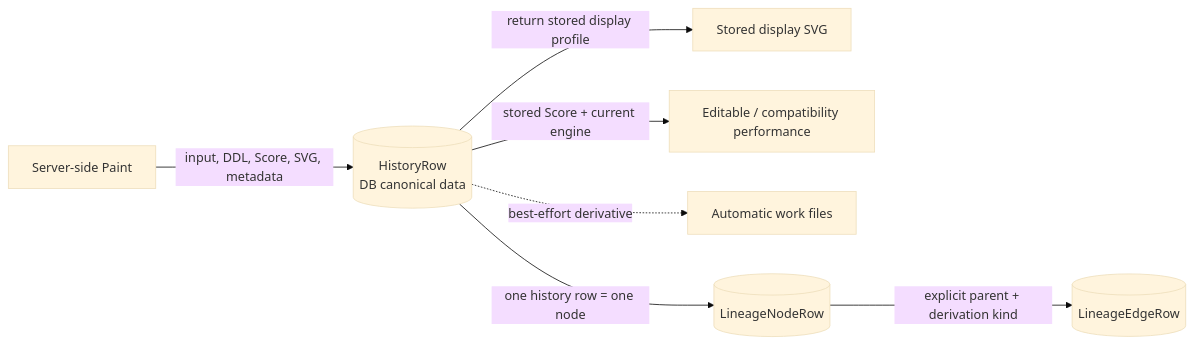
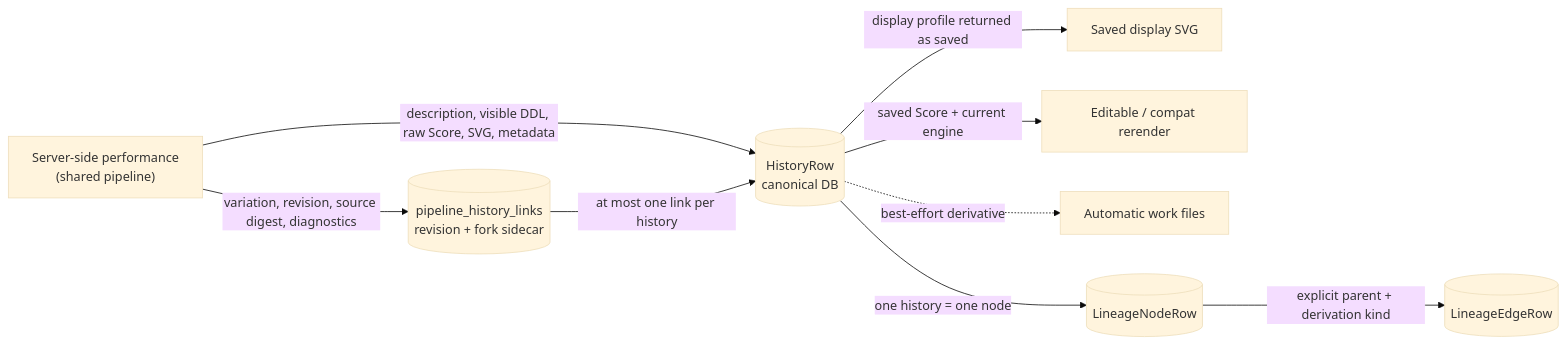
The first of 5 diagrams in docs/architecture/data-history-lineage.md (oikawas/inku-lang), drawn with Mermaid (base theme) before and after one commit. The commit also changed other lines of this file and 27 other files, not shown here.

First line of the commit message:
Update architecture documents for the shared Rust pipeline

````diff
--- a/docs/architecture/data-history-lineage.md
+++ b/docs/architecture/data-history-lineage.md
@@ -5,17 +5,20 @@
 ```mermaid
 flowchart LR
-    PAINT["Server-side Paint"]
-    ROW[("HistoryRow\nDB canonical data")]
-    SVG["Stored display SVG"]
-    EXPORT["Editable / compatibility performance"]
+    PAINT["Server-side performance\n(shared pipeline)"]
+    ROW[("HistoryRow\ncanonical DB")]
+    LINK[("pipeline_history_links\nrevision + fork sidecar")]
+    SVG["Saved display SVG"]
+    EXPORT["Editable / compat rerender"]
     FILES["Automatic work files"]
     NODE[("LineageNodeRow")]
     EDGE[("LineageEdgeRow")]
 
-    PAINT -->|"input, DDL, Score, SVG, metadata"| ROW
-    ROW -->|"return stored display profile"| SVG
-    ROW -->|"stored Score + current engine"| EXPORT
+    PAINT -->|"description, visible DDL, raw Score, SVG, metadata"| ROW
+    PAINT -->|"variation, revision, source digest, diagnostics"| LINK
+    LINK -->|"at most one link per history"| ROW
+    ROW -->|"display profile returned as saved"| SVG
+    ROW -->|"saved Score + current engine"| EXPORT
     ROW -.->|"best-effort derivative"| FILES
-    ROW -->|"one history row = one node"| NODE
+    ROW -->|"one history = one node"| NODE
     NODE -->|"explicit parent + derivation kind"| EDGE
 ```
````
